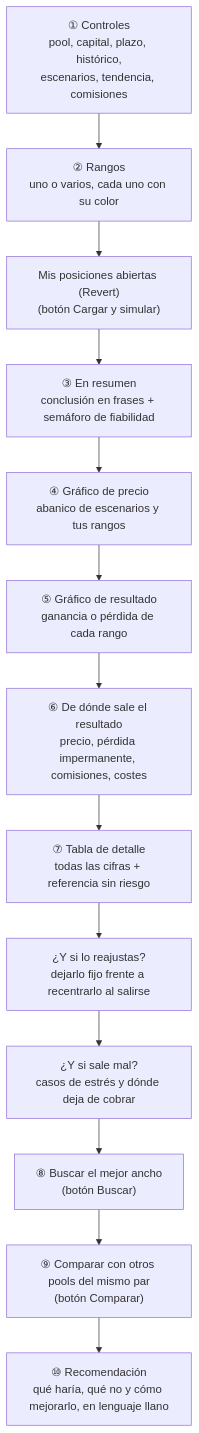
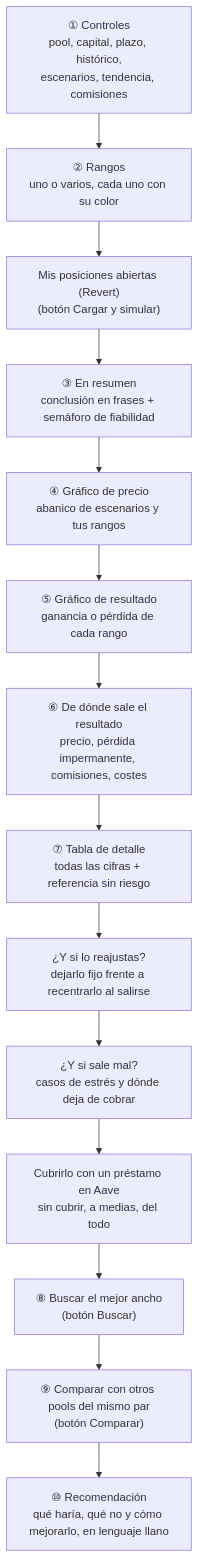
The first of 7 diagrams in Guia Simulador.md (Caiico1/etapas-weinstein), drawn with Mermaid before and after one commit. The commit also changed other lines of this file and 4 other files, not shown here.

Commit message:
Simulador: cobertura del pool con un préstamo en Aave (hipotética: estables con LTV 0 desde el 29-oct-2026), validada

````diff
--- a/Guia Simulador.md
+++ b/Guia Simulador.md
@@ -58,15 +58,16 @@
 ```mermaid
 flowchart TB
     A["① Controles<br/>pool, capital, plazo, histórico,<br/>escenarios, tendencia, comisiones"] --> B["② Rangos<br/>uno o varios, cada uno con su color"]
     B --> M["Mis posiciones abiertas (Revert)<br/>(botón Cargar y simular)"]
     M --> R["③ En resumen<br/>conclusión en frases + semáforo de fiabilidad"]
     R --> C["④ Gráfico de precio<br/>abanico de escenarios y tus rangos"]
     C --> D["⑤ Gráfico de resultado<br/>ganancia o pérdida de cada rango"]
     D --> G["⑥ De dónde sale el resultado<br/>precio, pérdida impermanente, comisiones, costes"]
     G --> E["⑦ Tabla de detalle<br/>todas las cifras + referencia sin riesgo"]
     E --> RJ["¿Y si lo reajustas?<br/>dejarlo fijo frente a recentrarlo al salirse"]
     RJ --> ES["¿Y si sale mal?<br/>casos de estrés y dónde deja de cobrar"]
-    ES --> O["⑧ Buscar el mejor ancho<br/>(botón Buscar)"]
+    ES --> CB["Cubrirlo con un préstamo en Aave<br/>sin cubrir, a medias, del todo"]
+    CB --> O["⑧ Buscar el mejor ancho<br/>(botón Buscar)"]
     O --> P["⑨ Comparar con otros pools del mismo par<br/>(botón Comparar)"]
     P --> Q["⑩ Recomendación<br/>qué haría, qué no y cómo mejorarlo, en lenguaje llano"]
 ```
````
